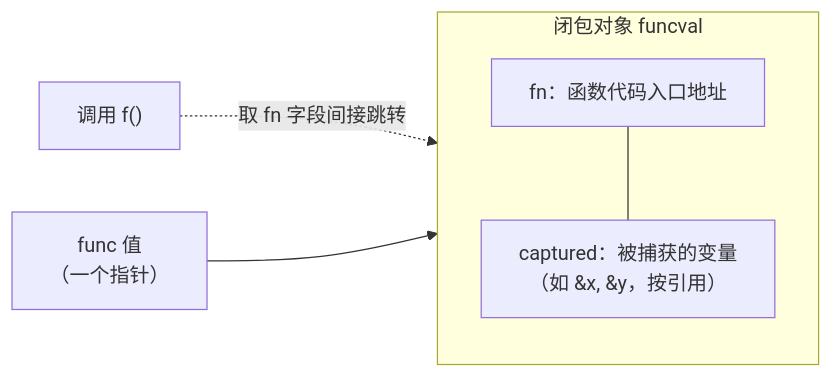
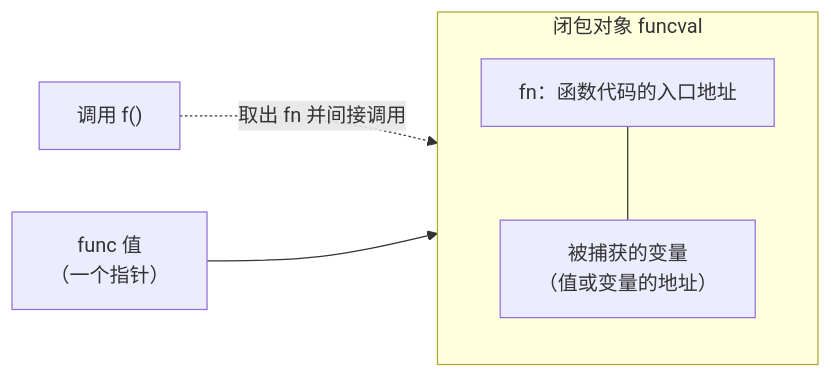
Before and after one commit to golang-design/under-the-hood: the diagram in book/zh-cn/part2lang/ch06func/func.md, drawn with Mermaid. The commit also changed other lines of this file and 3 other files, not shown here.

````diff
--- a/book/zh-cn/part2lang/ch06func/func.md
+++ b/book/zh-cn/part2lang/ch06func/func.md
@@ -31,11 +32,11 @@
 ```mermaid
 flowchart LR
     FV["func 值<br/>（一个指针）"] --> CO
     subgraph CO["闭包对象 funcval"]
         direction TB
-        FN["fn：函数代码入口地址"]
-        CAP["captured：被捕获的变量<br/>（如 &x, &y，按引用）"]
+        FN["fn：函数代码的入口地址"]
+        CAP["被捕获的变量<br/>（值或变量的地址）"]
         FN --- CAP
     end
-    CALL["调用 f()"] -.->|取 fn 字段间接跳转| FN
+    CALL["调用 f()"] -.->|取出 fn 并间接调用| FN
 ```
````
